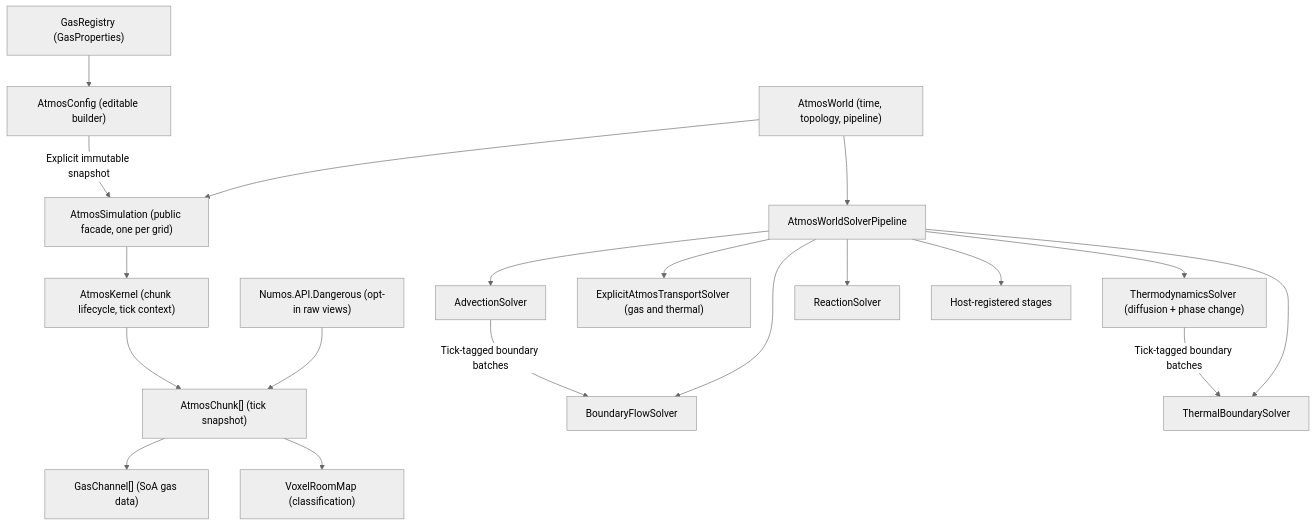
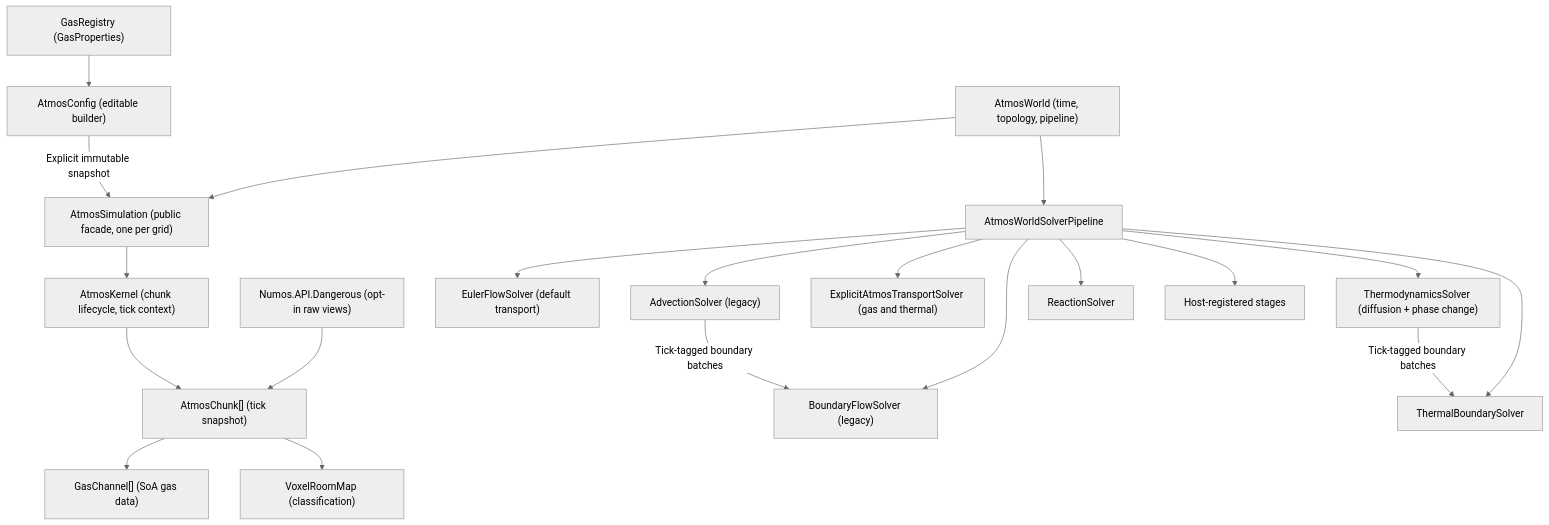
The diagram in docs/atmospherics_technical_documentation.md (ArtisticRoomba/Numos), drawn with Mermaid (neutral theme) before and after one commit. The commit also changed other lines of this file and 277 other files, not shown here.

Commit message:
add euler flow transport and the state schema generator

````diff
--- a/docs/atmospherics_technical_documentation.md
+++ b/docs/atmospherics_technical_documentation.md
@@ -64,21 +67,22 @@
 ```mermaid
 graph TD
     WORLD["AtmosWorld (time, topology, pipeline)"] --> PIPE["AtmosWorldSolverPipeline"]
     WORLD --> SIM["AtmosSimulation (public facade, one per grid)"]
     SIM --> KERNEL["AtmosKernel (chunk lifecycle, tick context)"]
     DANGER["Numos.API.Dangerous (opt-in raw views)"] --> CHUNKS
-    PIPE --> ADV["AdvectionSolver"]
+    PIPE --> EULER["EulerFlowSolver (default transport)"]
+    PIPE --> ADV["AdvectionSolver (legacy)"]
     PIPE --> EXPL["ExplicitAtmosTransportSolver (gas and thermal)"]
-    PIPE --> BOUNDARY["BoundaryFlowSolver"]
+    PIPE --> BOUNDARY["BoundaryFlowSolver (legacy)"]
     PIPE --> THERMO["ThermodynamicsSolver (diffusion + phase change)"]
     PIPE --> THERMAL["ThermalBoundarySolver"]
     PIPE --> REACT["ReactionSolver"]
     PIPE --> CUSTOM["Host-registered stages"]
     KERNEL --> CHUNKS["AtmosChunk[] (tick snapshot)"]
     ADV -->|"Tick-tagged boundary batches"| BOUNDARY
     THERMO -->|"Tick-tagged boundary batches"| THERMAL
     CHUNKS --> GAS["GasChannel[] (SoA gas data)"]
     CHUNKS --> ROOM["VoxelRoomMap (classification)"]
     CONFIG["AtmosConfig (editable builder)"] -->|"Explicit immutable snapshot"| SIM
     REG["GasRegistry (GasProperties)"] --> CONFIG
 ```
````
